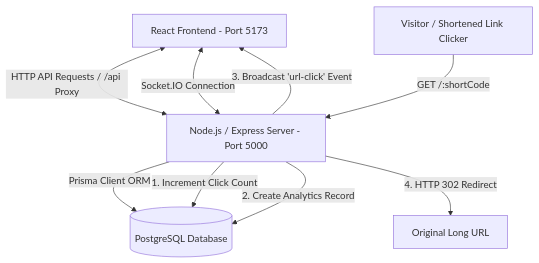
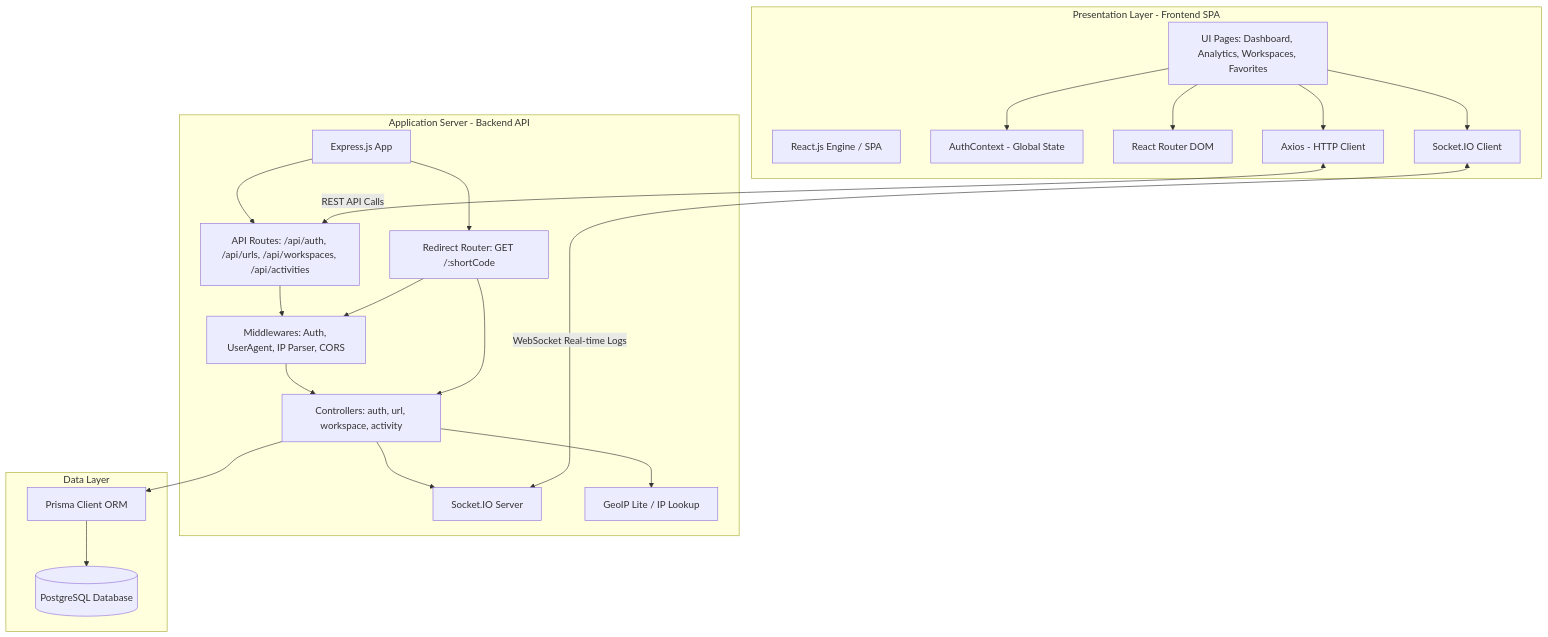
Before and after one commit to NITHEESHRAMASAMY/urlshortenerwithanalytics: the diagram in README.md, drawn with Mermaid. The commit also changed other lines of this file, not shown here.

Commit message:
Update README.md with high-quality component-level architecture diagram

````diff
--- a/README.md
+++ b/README.md
@@ -19,12 +19,46 @@
 ```mermaid
-graph TD
-    Client[React Frontend - Port 5173] <-->|HTTP API Requests / /api Proxy| Server[Node.js / Express Server - Port 5000]
-    Client <-->|Socket.IO Connection| Server
-    Server -->|Prisma Client ORM| DB[(PostgreSQL Database)]
-    
-    Visitor[Visitor / Shortened Link Clicker] -->|GET /:shortCode| Server
-    Server -->|1. Increment Click Count| DB
-    Server -->|2. Create Analytics Record| DB
-    Server -->|3. Broadcast 'url-click' Event| Client
-    Server -->|4. HTTP 302 Redirect| ExternalSite[Original Long URL]
+graph TB
+    subgraph Client [Presentation Layer - Frontend SPA]
+        React[React.js Engine / SPA]
+        Context[AuthContext - Global State]
+        Router[React Router DOM]
+        Pages[UI Pages: Dashboard, Analytics, Workspaces, Favorites]
+        AxiosClient[Axios - HTTP Client]
+        SocketClient[Socket.IO Client]
+        
+        Pages --> Context
+        Pages --> Router
+        Pages --> AxiosClient
+        Pages --> SocketClient
+    end
+
+    subgraph API_Gateway [Application Server - Backend API]
+        Express[Express.js App]
+        Routes[API Routes: /api/auth, /api/urls, /api/workspaces, /api/activities]
+        RedirectRoute[Redirect Router: GET /:shortCode]
+        Middlewares[Middlewares: Auth, UserAgent, IP Parser, CORS]
+        Controllers[Controllers: auth, url, workspace, activity]
+        SocketServer[Socket.IO Server]
+        GeoIP[GeoIP Lite / IP Lookup]
+        
+        Express --> Routes
+        Express --> RedirectRoute
+        Routes --> Middlewares
+        RedirectRoute --> Middlewares
+        Middlewares --> Controllers
+        RedirectRoute --> Controllers
+        Controllers --> SocketServer
+        Controllers --> GeoIP
+    end
+
+    subgraph Data [Data Layer]
+        Prisma[Prisma Client ORM]
+        Postgres[(PostgreSQL Database)]
+        
+        Controllers --> Prisma
+        Prisma --> Postgres
+    end
+
+    AxiosClient <-->|REST API Calls| Routes
+    SocketClient <-->|WebSocket Real-time Logs| SocketServer
 ```
````
